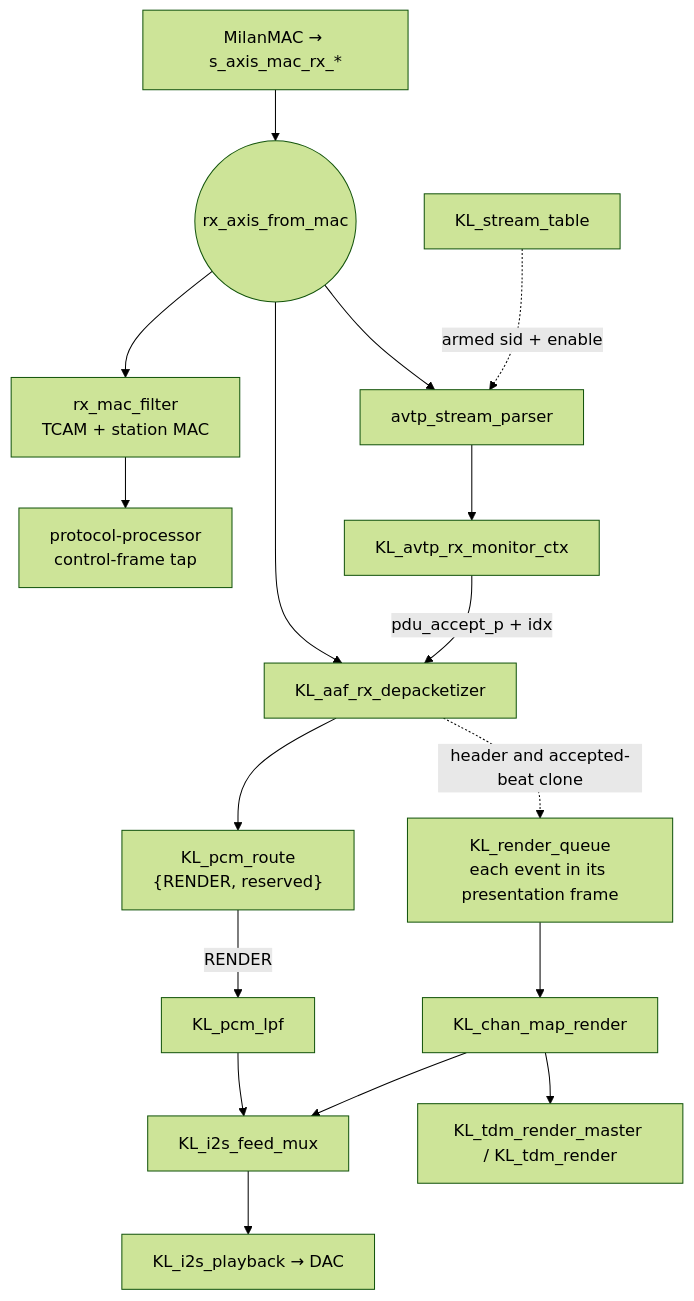
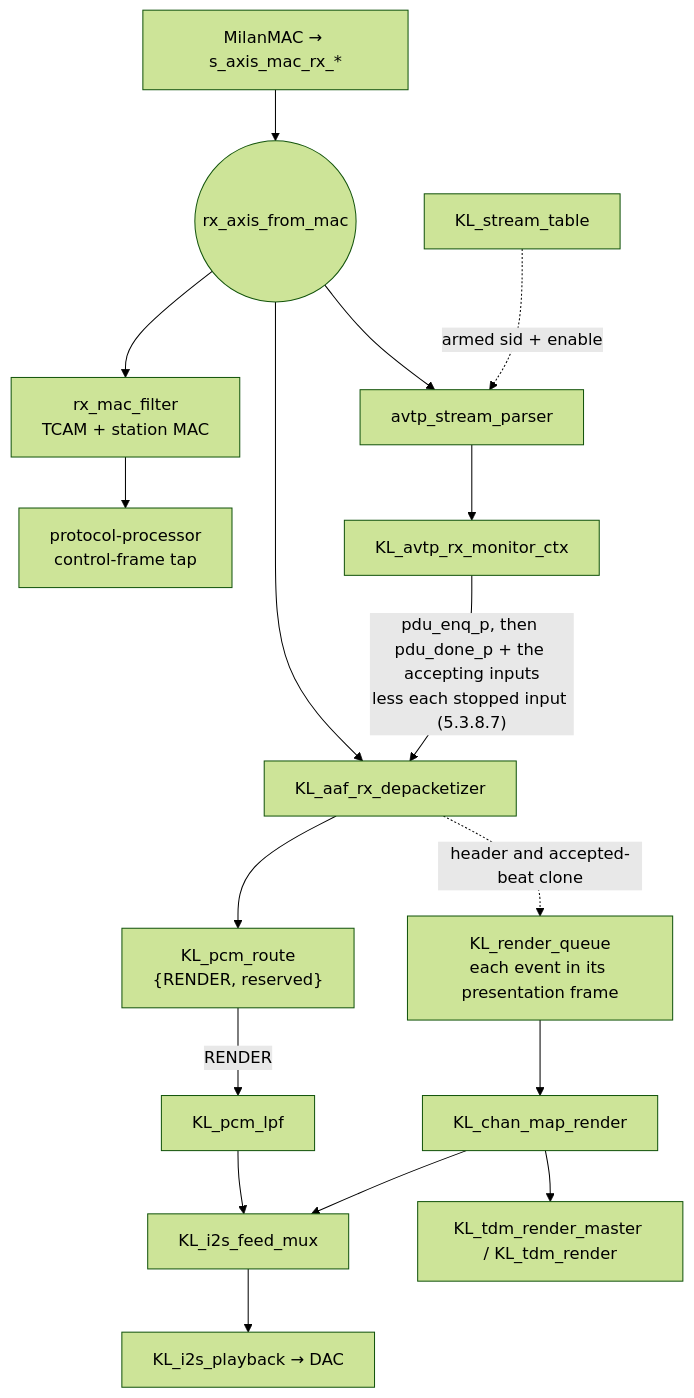
Before and after one commit to kebag-logic/milan-fpga: the second of 2 diagrams in docs/fpga/DATAPLANE_WALKTHROUGH.md, drawn with Mermaid (forest theme). The commit also changed other lines of this file and 8 other files, not shown here.

````diff
--- a/docs/fpga/DATAPLANE_WALKTHROUGH.md
+++ b/docs/fpga/DATAPLANE_WALKTHROUGH.md
@@ -148,19 +148,19 @@
 ```mermaid
 flowchart TB
     MAC["MilanMAC → s_axis_mac_rx_*"] --> TEE(("rx_axis_from_mac"))
     TEE --> FILT["rx_mac_filter<br/>TCAM + station MAC"]
     FILT --> CTRL["protocol-processor<br/>control-frame tap"]
     TEE --> PARSE["avtp_stream_parser"]
     TBL["KL_stream_table"] -.->|"armed sid + enable"| PARSE
     PARSE --> MON["KL_avtp_rx_monitor_ctx"]
     TEE --> DEPKT["KL_aaf_rx_depacketizer"]
-    MON -->|"pdu_accept_p + idx"| DEPKT
+    MON -->|"pdu_enq_p, then pdu_done_p + the accepting inputs<br/>less each stopped input (5.3.8.7)"| DEPKT
     DEPKT --> ROUTE["KL_pcm_route<br/>{RENDER, reserved}"]
     ROUTE -->|RENDER| LPF["KL_pcm_lpf"]
     LPF --> FMUX["KL_i2s_feed_mux"]
     FMUX --> I2S["KL_i2s_playback → DAC"]
     DEPKT -.->|"header and accepted-beat clone"| RQ["KL_render_queue<br/>each event in its presentation frame"]
     RQ --> RMAP["KL_chan_map_render"]
     RMAP --> FMUX
     RMAP --> TDM["KL_tdm_render_master / KL_tdm_render"]
 ```
````
